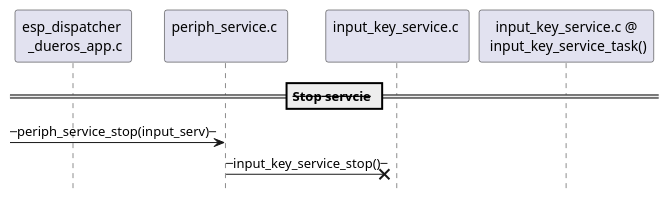
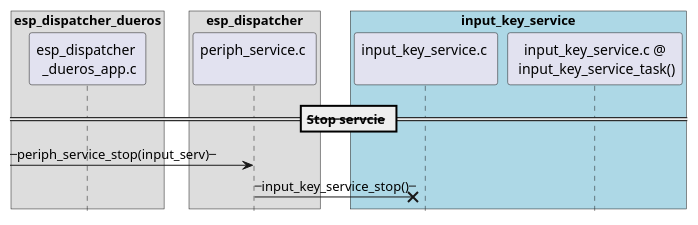
One commit to liangzhu2008/learn-esp-adf changed the eighth of 9 diagrams in docs/inside-dispatcher/input_key_service.rst. Above: the diagram before and after it, drawn with PlantUML. The commit also changed other lines of this file and 14 other files, not shown here.

Commit message:
用 plantweb 替换 plantuml.jar & graphviz

```diff
--- a/docs/inside-dispatcher/input_key_service.rst
+++ b/docs/inside-dispatcher/input_key_service.rst
@@ -194,12 +250,20 @@
 .. uml::
 
     hide footbox
 
-    participant "esp_dispatcher \n _dueros_app.c" as adf_app order 10
-    participant "periph_service.c \n" as periph_service order 20
-    participant "input_key_service.c \n" as spec_service order 50
-    participant "input_key_service.c @\n input_key_service_task()" as inner_task order 60
+    box "esp_dispatcher_dueros"
+    participant "esp_dispatcher \n _dueros_app.c" as example order 10
+    end box
+
+    box "esp_dispatcher" 
+    participant "periph_service.c \n"               as periph_service order 20
+    end box
+
+    box "input_key_service" #LightBlue
+    participant "input_key_service.c \n"                as input_service order 50
+    participant "input_key_service.c @\n input_key_service_task()" as input_task order 60
+    end box
 
     == --Stop servcie-- ==
                   [-> periph_service : --periph_service_stop(input_serv)--
-    periph_service ->x spec_service  : --input_key_service_stop()--
+    periph_service ->x input_service  : --input_key_service_stop()--
```
